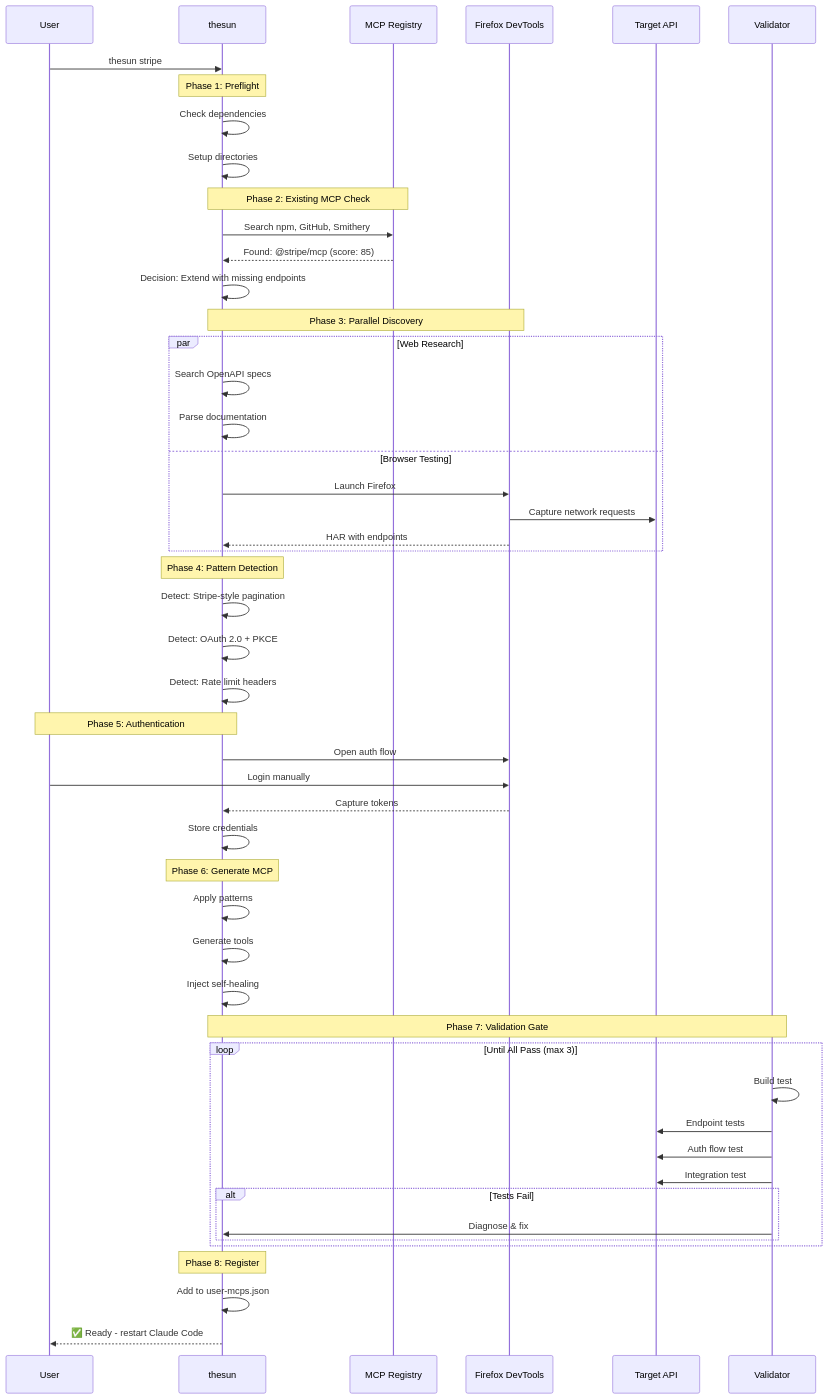
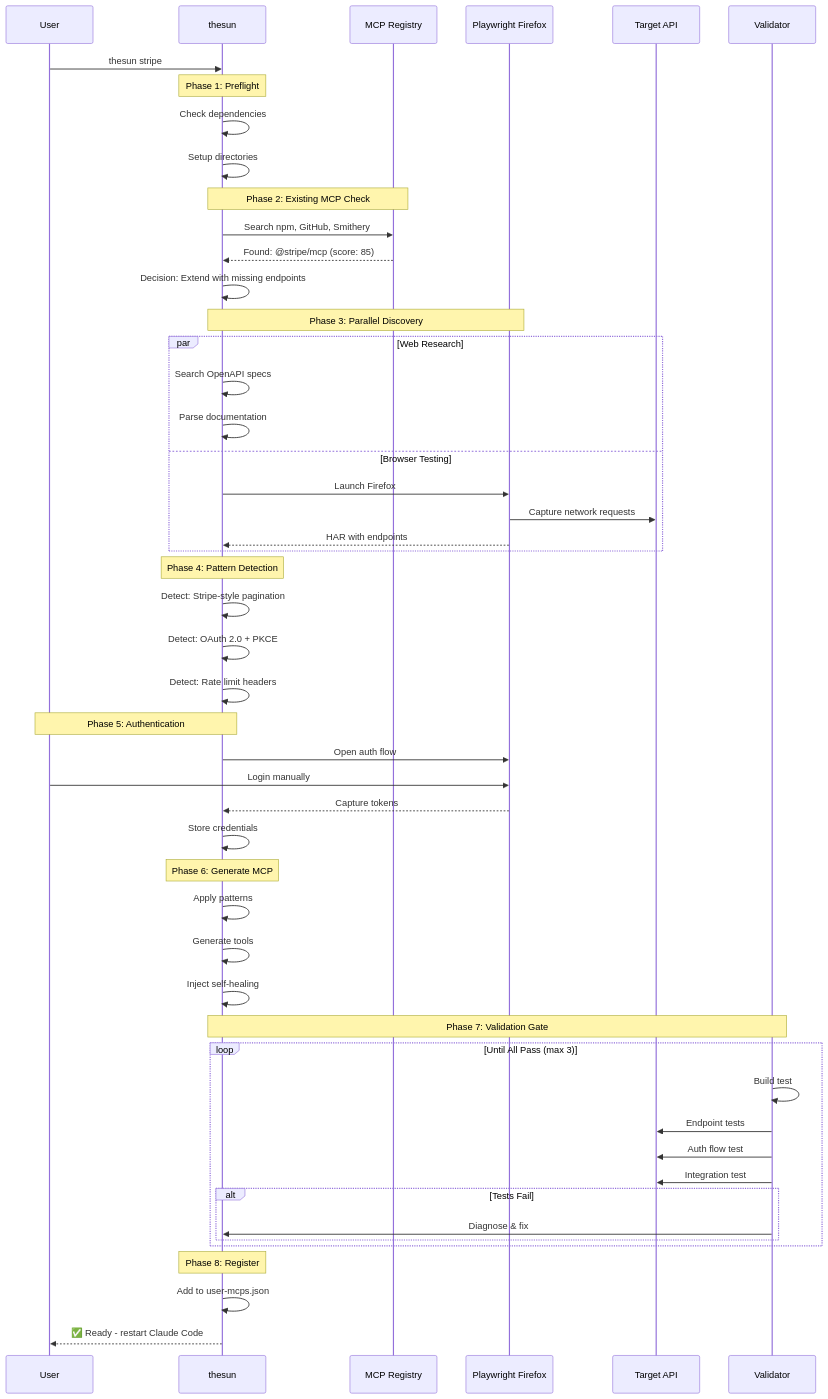
One commit to schwarztim/thesun changed the third of 9 diagrams in README.md. Above: the diagram before and after it, drawn with Mermaid. The commit also changed other lines of this file and 7 other files, not shown here.

First line of the commit message:
feat: migrate from firefox-devtools to Playwright MCP with Firefox

````diff
--- a/README.md
+++ b/README.md
@@ -239,61 +240,61 @@
 ```mermaid
 sequenceDiagram
     participant User
     participant thesun
     participant Registry as MCP Registry
-    participant Browser as Firefox DevTools
+    participant Browser as Playwright Firefox
     participant API as Target API
     participant Validator
 
     User->>thesun: thesun stripe
 
     Note over thesun: Phase 1: Preflight
     thesun->>thesun: Check dependencies
     thesun->>thesun: Setup directories
 
     Note over thesun,Registry: Phase 2: Existing MCP Check
     thesun->>Registry: Search npm, GitHub, Smithery
     Registry-->>thesun: Found: @stripe/mcp (score: 85)
     thesun->>thesun: Decision: Extend with missing endpoints
 
     Note over thesun,Browser: Phase 3: Parallel Discovery
     par Web Research
         thesun->>thesun: Search OpenAPI specs
         thesun->>thesun: Parse documentation
     and Browser Testing
         thesun->>Browser: Launch Firefox
         Browser->>API: Capture network requests
         Browser-->>thesun: HAR with endpoints
     end
 
     Note over thesun: Phase 4: Pattern Detection
     thesun->>thesun: Detect: Stripe-style pagination
     thesun->>thesun: Detect: OAuth 2.0 + PKCE
     thesun->>thesun: Detect: Rate limit headers
 
     Note over thesun,User: Phase 5: Authentication
     thesun->>Browser: Open auth flow
     User->>Browser: Login manually
     Browser-->>thesun: Capture tokens
     thesun->>thesun: Store credentials
 
     Note over thesun: Phase 6: Generate MCP
     thesun->>thesun: Apply patterns
     thesun->>thesun: Generate tools
     thesun->>thesun: Inject self-healing
 
     Note over thesun,Validator: Phase 7: Validation Gate
     loop Until All Pass (max 3)
         Validator->>Validator: Build test
         Validator->>API: Endpoint tests
         Validator->>API: Auth flow test
         Validator->>API: Integration test
         alt Tests Fail
             Validator->>thesun: Diagnose & fix
         end
     end
 
     Note over thesun: Phase 8: Register
     thesun->>thesun: Add to user-mcps.json
     thesun-->>User: ✅ Ready - restart Claude Code
 ```
````
